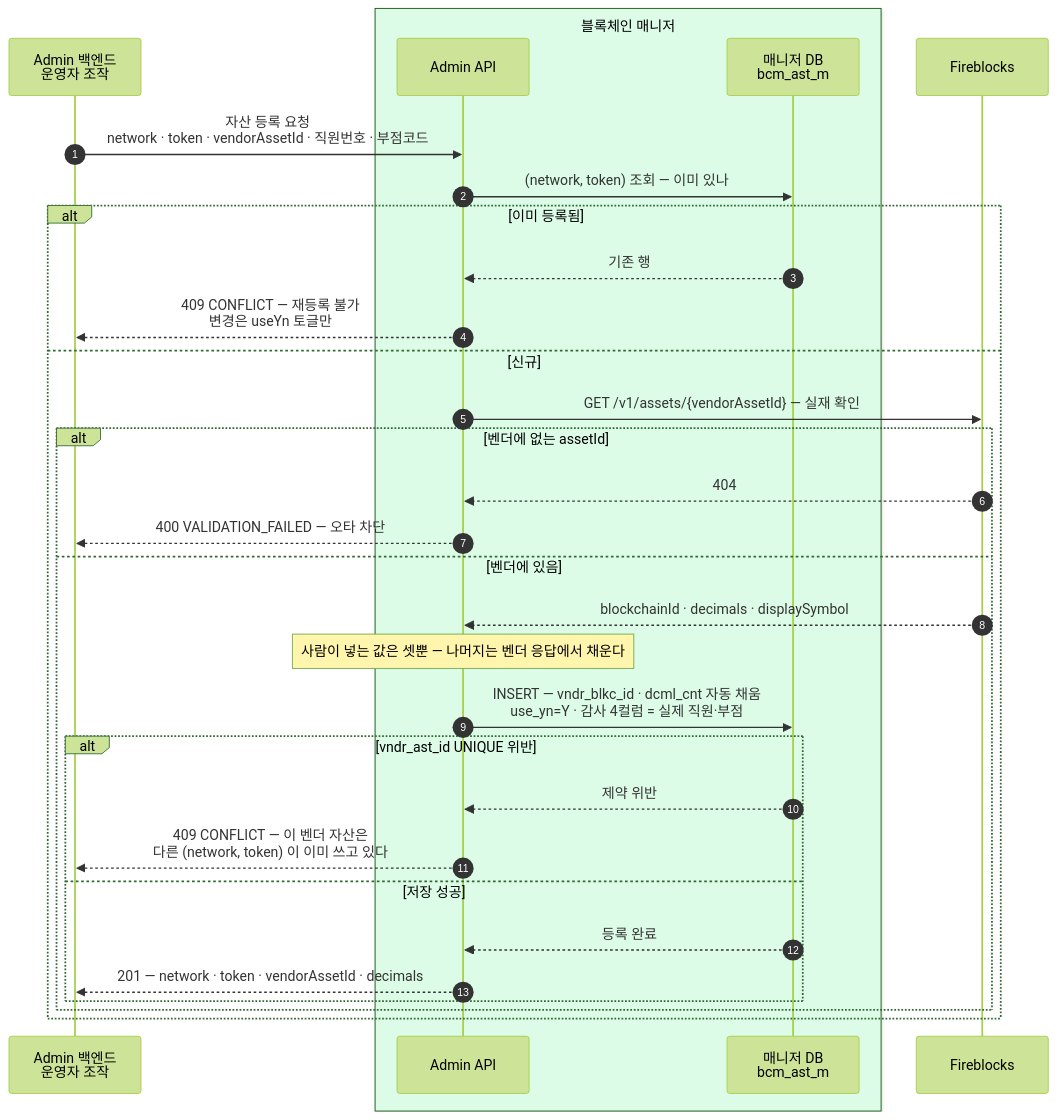
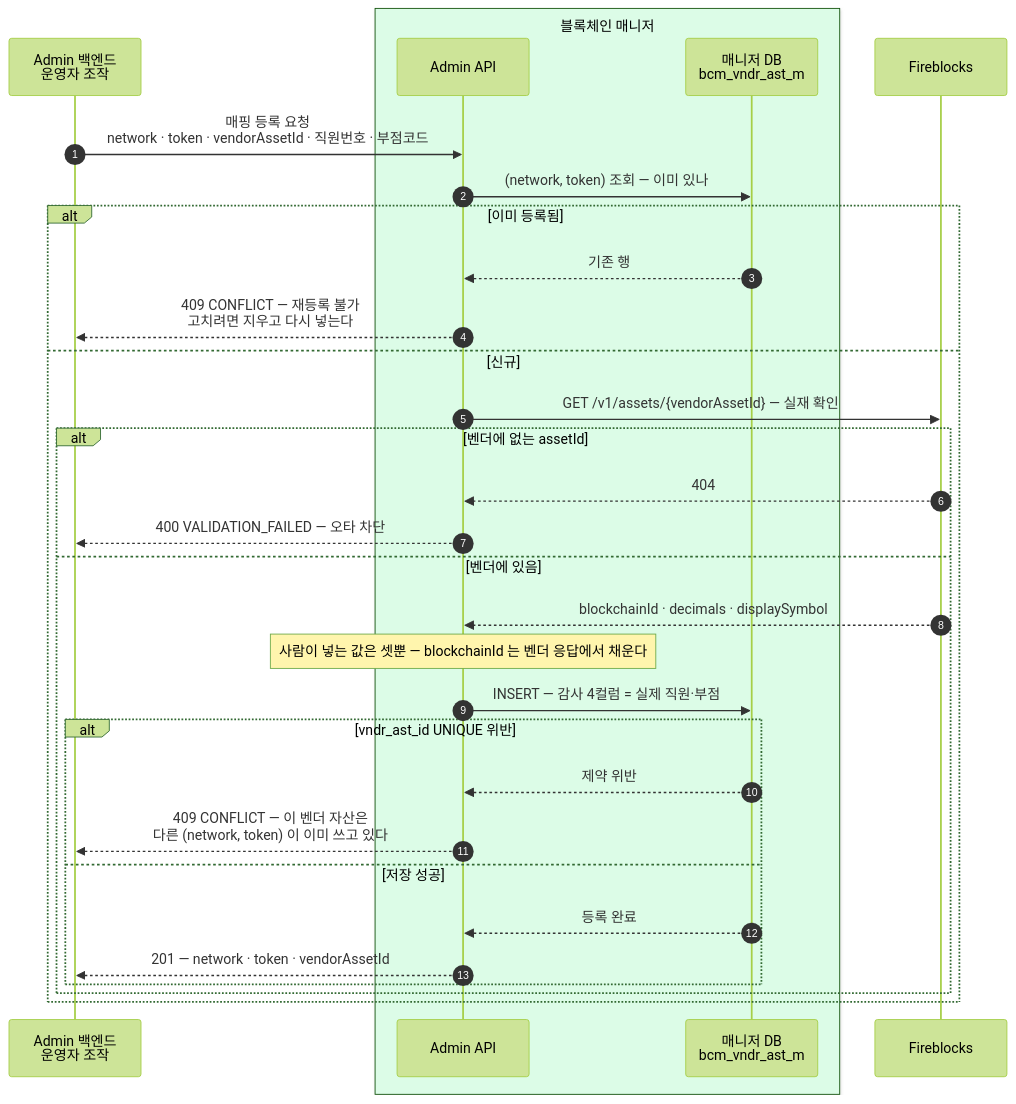
One commit to eunsujeo/eunpus changed the diagram in blockchain-manager/docs/BC/설계/07-asset-master.md. Above: the diagram before and after it, drawn with Mermaid (forest theme). The commit also changed other lines of this file and 1 other file, not shown here.

First line of the commit message:
07 절을 벤더 자산 매핑으로 다시 씀 — 매니저 소관만 남김

````diff
--- a/blockchain-manager/docs/BC/설계/07-asset-master.md
+++ b/blockchain-manager/docs/BC/설계/07-asset-master.md
@@ -60,34 +66,34 @@
 ```mermaid
 sequenceDiagram
     autonumber
     participant ADM as Admin 백엔드<br/>운영자 조작
     box rgb(220,252,231) 블록체인 매니저
     participant API as Admin API
-    participant MDB as 매니저 DB<br/>bcm_ast_m
+    participant MDB as 매니저 DB<br/>bcm_vndr_ast_m
     end
     participant FB as Fireblocks
 
-    ADM->>API: 자산 등록 요청<br/>network · token · vendorAssetId · 직원번호 · 부점코드
+    ADM->>API: 매핑 등록 요청<br/>network · token · vendorAssetId · 직원번호 · 부점코드
     API->>MDB: (network, token) 조회 — 이미 있나
     alt 이미 등록됨
         MDB-->>API: 기존 행
-        API-->>ADM: 409 CONFLICT — 재등록 불가<br/>변경은 useYn 토글만
+        API-->>ADM: 409 CONFLICT — 재등록 불가<br/>고치려면 지우고 다시 넣는다
     else 신규
         API->>FB: GET /v1/assets/{vendorAssetId} — 실재 확인
         alt 벤더에 없는 assetId
             FB-->>API: 404
             API-->>ADM: 400 VALIDATION_FAILED — 오타 차단
         else 벤더에 있음
             FB-->>API: blockchainId · decimals · displaySymbol
-            Note over API: 사람이 넣는 값은 셋뿐 — 나머지는 벤더 응답에서 채운다
-            API->>MDB: INSERT — vndr_blkc_id · dcml_cnt 자동 채움<br/>use_yn=Y · 감사 4컬럼 = 실제 직원·부점
+            Note over API: 사람이 넣는 값은 셋뿐 — blockchainId 는 벤더 응답에서 채운다
+            API->>MDB: INSERT — 감사 4컬럼 = 실제 직원·부점
             alt vndr_ast_id UNIQUE 위반
                 MDB-->>API: 제약 위반
                 API-->>ADM: 409 CONFLICT — 이 벤더 자산은<br/>다른 (network, token) 이 이미 쓰고 있다
             else 저장 성공
                 MDB-->>API: 등록 완료
-                API-->>ADM: 201 — network · token · vendorAssetId · decimals
+                API-->>ADM: 201 — network · token · vendorAssetId
             end
         end
     end
 ```
````
